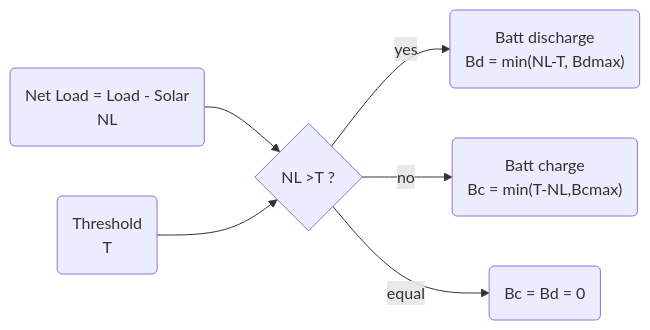
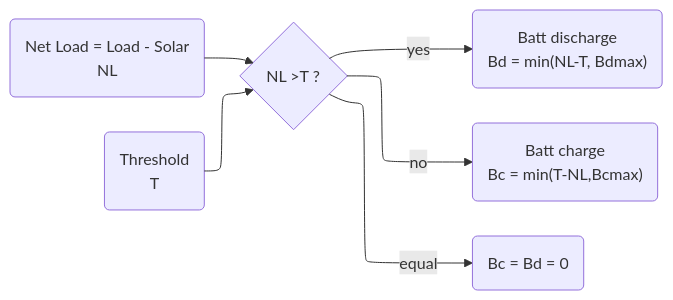
One commit to woodjmichael/Bifacial-solar-and-peakshaving changed the second of 3 diagrams in Paper/bifacial_peak_shaving_paper.md. Above: the diagram before and after it, drawn with Mermaid. The commit also changed other lines of this file and 12 other files, not shown here.

````diff
--- a/Paper/bifacial_peak_shaving_paper.md
+++ b/Paper/bifacial_peak_shaving_paper.md
@@ -163,10 +164,10 @@
 ```mermaid
-%%{init: {'flowchart' : {'curve' : 'basis'}}}%%
+%%{init: {"flowchart": {"defaultRenderer": "elk"}} }%%
 graph LR
 NL("Net Load = Load - Solar <br> NL")
 NL --> D{"NL >T ?"}
 T("Threshold<br>T") --> D
 D -->|yes| Bd("Batt discharge<br>Bd = min(NL-T, Bdmax)")
 D -->|no| Bc("Batt charge<br>Bc = min(T-NL,Bcmax)")
 D -->|equal| B("Bc = Bd = 0")
 ```
````
